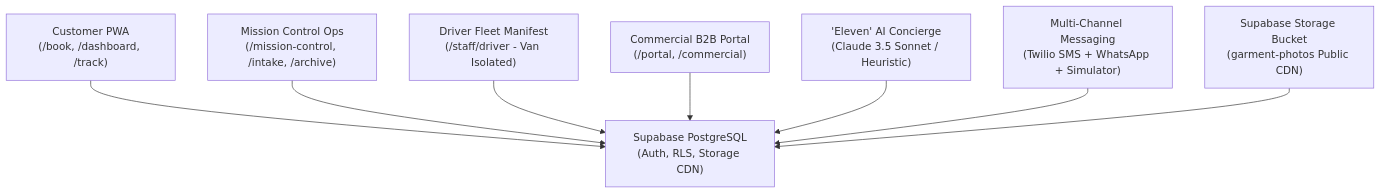
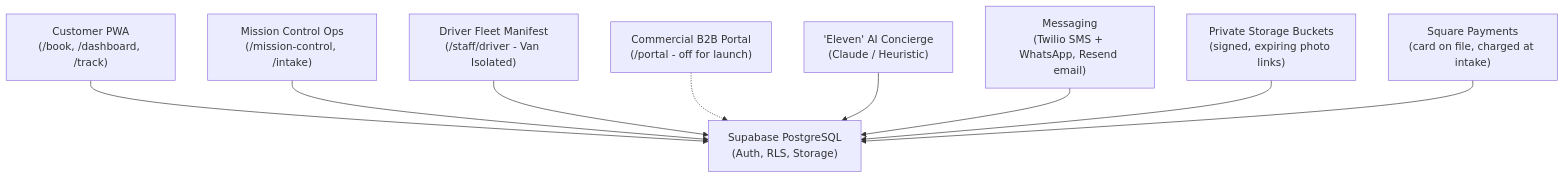
The diagram in README.md (asejik/first-eleven-cleaners), drawn with Mermaid before and after one commit. The commit also changed other lines of this file, not shown here.

First line of the commit message:
docs: update README to match the app after the security and production-readiness audits

````diff
--- a/README.md
+++ b/README.md
@@ -14,10 +14,11 @@
 ```mermaid
 graph TD
-    A["Customer PWA\n(/book, /dashboard, /track)"] --> E["Supabase PostgreSQL\n(Auth, RLS, Storage CDN)"]
-    B["Mission Control Ops\n(/mission-control, /intake, /archive)"] --> E
+    A["Customer PWA\n(/book, /dashboard, /track)"] --> E["Supabase PostgreSQL\n(Auth, RLS, Storage)"]
+    B["Mission Control Ops\n(/mission-control, /intake)"] --> E
     C["Driver Fleet Manifest\n(/staff/driver - Van Isolated)"] --> E
-    D["Commercial B2B Portal\n(/portal, /commercial)"] --> E
-    F["'Eleven' AI Concierge\n(Claude 3.5 Sonnet / Heuristic)"] --> E
-    G["Multi-Channel Messaging\n(Twilio SMS + WhatsApp + Simulator)"] --> E
-    H["Supabase Storage Bucket\n(garment-photos Public CDN)"] --> E
+    D["Commercial B2B Portal\n(/portal - off for launch)"] -.-> E
+    F["'Eleven' AI Concierge\n(Claude / Heuristic)"] --> E
+    G["Messaging\n(Twilio SMS + WhatsApp, Resend email)"] --> E
+    H["Private Storage Buckets\n(signed, expiring photo links)"] --> E
+    I["Square Payments\n(card on file, charged at intake)"] --> E
 ```
````
